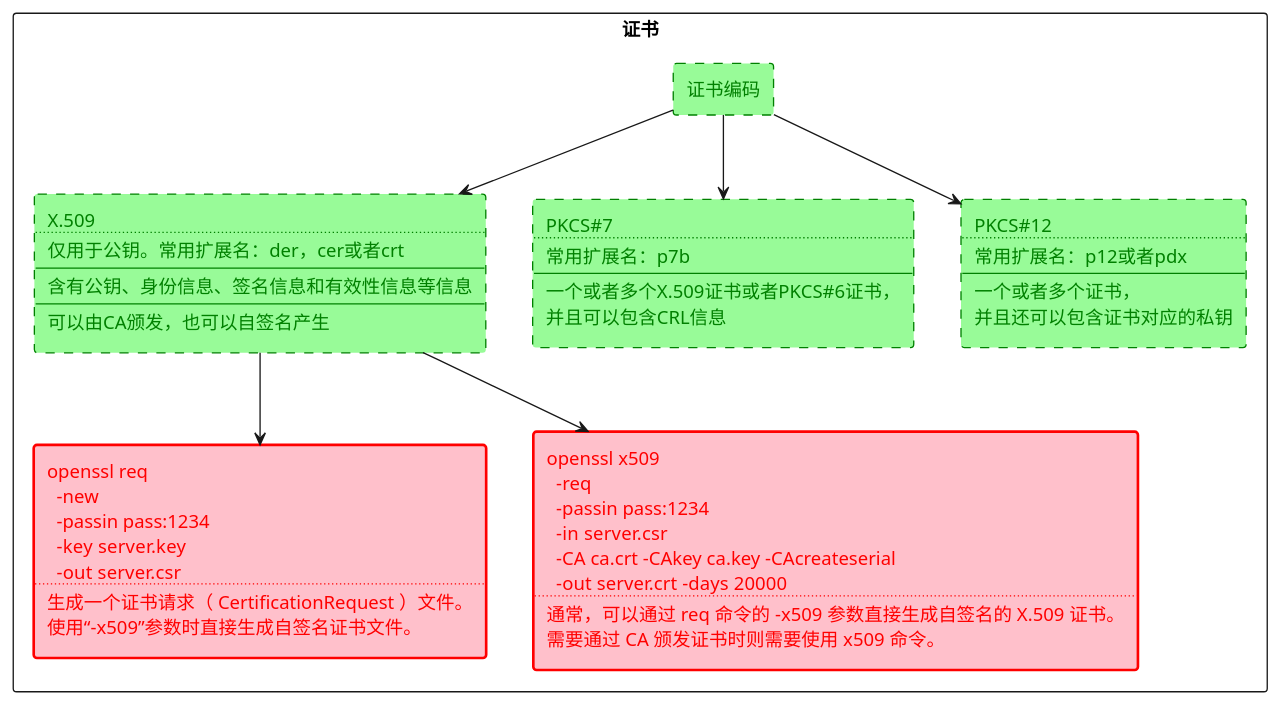
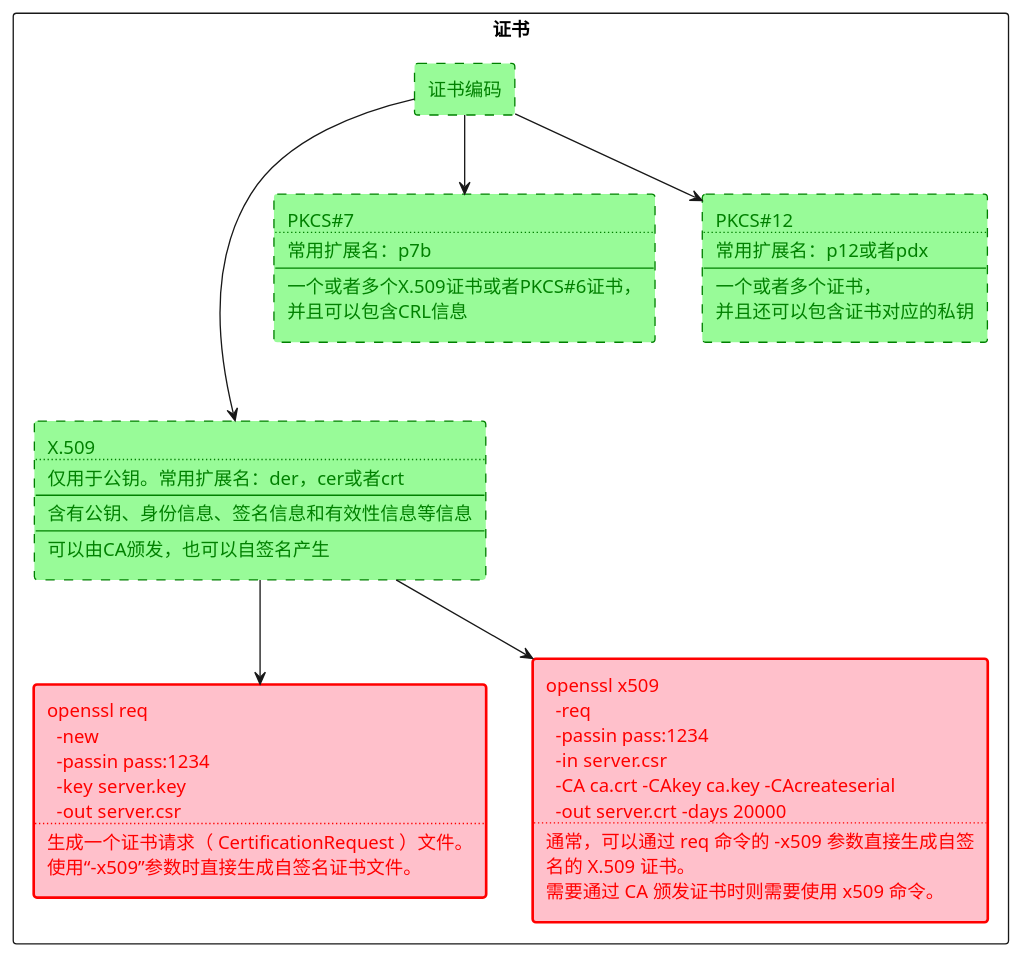
The third of 4 diagrams in _posts/2022-09-11-openssl-key-cert.md (zeerd/zeerd.github.io), drawn with PlantUML before and after one commit. The commit also changed 5 other files, not shown here.

Commit message:
modify plantuml

````diff
--- a/_posts/2022-09-11-openssl-key-cert.md
+++ b/_posts/2022-09-11-openssl-key-cert.md
@@ -157,60 +157,61 @@
 ```plantuml
 rectangle "证书" as cert {
   rectangle CERT #palegreen;line:green;line.dashed;text:green [
     证书编码
   ]
   rectangle x509 #palegreen;line:green;line.dashed;text:green [
     X.509
     ....
     仅用于公钥。常用扩展名：der，cer或者crt
     ----
     含有公钥、身份信息、签名信息和有效性信息等信息
     ----
     可以由CA颁发，也可以自签名产生
   ]
   rectangle p7b #palegreen;line:green;line.dashed;text:green [
     PKCS#7
     ....
     常用扩展名：p7b
     ----
     一个或者多个X.509证书或者PKCS#6证书，
     并且可以包含CRL信息
   ]
   rectangle p12 #palegreen;line:green;line.dashed;text:green [
     PKCS#12
     ....
     常用扩展名：p12或者pdx
     ----
     一个或者多个证书，
     并且还可以包含证书对应的私钥
   ]
   rectangle os_req #pink;line:red;line.bold;text:red [
     openssl req
       -new
       -passin pass:1234
       -key server.key
       -out server.csr
     ....
     生成一个证书请求（ CertificationRequest ）文件。
     使用“-x509”参数时直接生成自签名证书文件。
   ]
   rectangle os_x509 #pink;line:red;line.bold;text:red [
     openssl x509
       -req
       -passin pass:1234
       -in server.csr
       -CA ca.crt -CAkey ca.key -CAcreateserial
       -out server.crt -days 20000
     ....
-    通常，可以通过 req 命令的 -x509 参数直接生成自签名的 X.509 证书。
+    通常，可以通过 req 命令的 -x509 参数直接生成自签
+    名的 X.509 证书。
     需要通过 CA 颁发证书时则需要使用 x509 命令。
   ]
 }
 
-CERT --> x509
+CERT ---> x509
 CERT --> p12
 CERT --> p7b
 
 x509 --> os_req
 x509 --> os_x509
 ```
````
